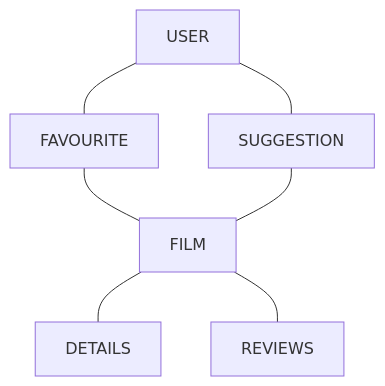
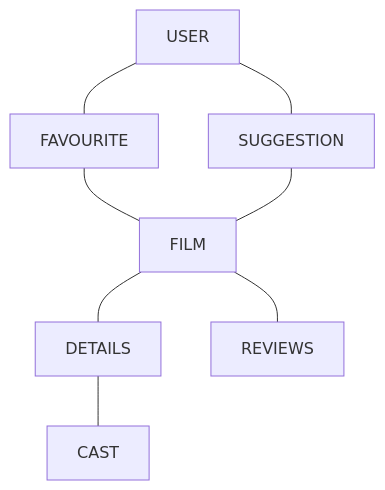
The diagram in README.md (Niall96/HeresAFilm), drawn with Mermaid before and after one commit.

````diff
--- a/README.md
+++ b/README.md
@@ -28,9 +28,10 @@
 ```mermaid
 flowchart TD
  USER --- FAVOURITE 
  USER --- SUGGESTION 
  FAVOURITE --- FILM
  SUGGESTION --- FILM
  FILM --- DETAILS 
  FILM --- REVIEWS 
+ DETAILS --- CAST
 ```
````
